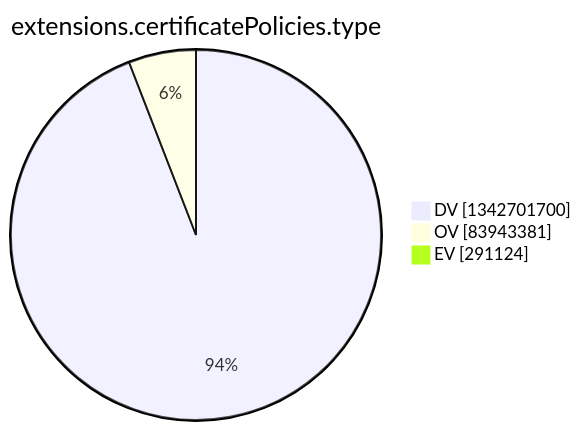
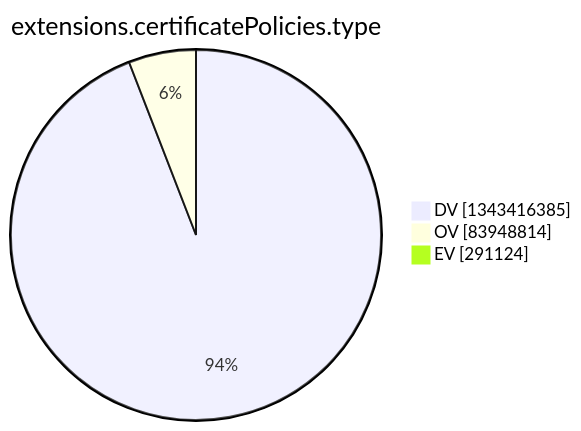
Before and after one commit to christiankrug/ctmonitor_visualization: the tenth of 15 diagrams in argon2022/README.md, drawn with Mermaid. The commit also changed other lines of this file, not shown here.

````diff
--- a/argon2022/README.md
+++ b/argon2022/README.md
@@ -2773,7 +2773,7 @@
 ```mermaid
 pie showData
 title extensions.certificatePolicies.type
-"DV" :1342701700
-"OV" :83943381
+"DV" :1343416385
+"OV" :83948814
 "EV" :291124
 ```
````
